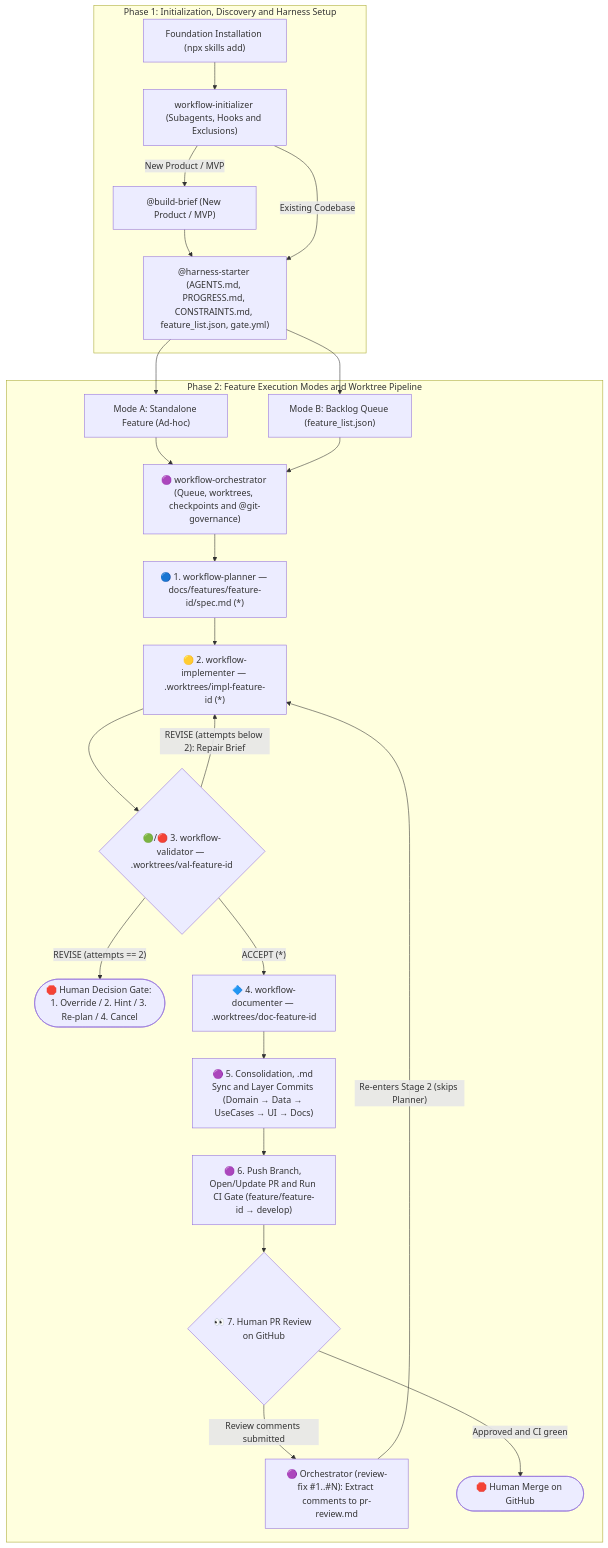
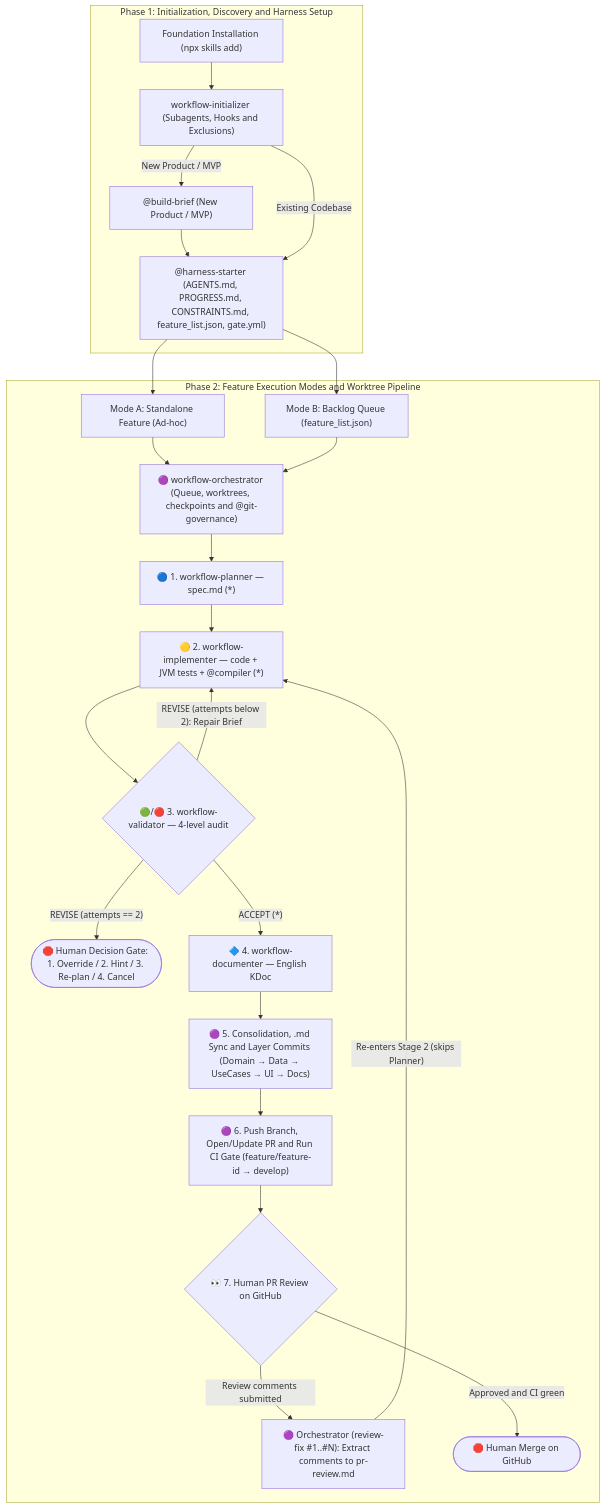
Before and after one commit to albertmartorell1975/android-ai-workflow-foundation: the diagram in docs/overview.md, drawn with Mermaid. The commit also changed other lines of this file, not shown here.

Commit message:
docs(overview): align architecture overview with closed test plan and current workflow

````diff
--- a/docs/overview.md
+++ b/docs/overview.md
@@ -15,48 +15,48 @@
 ```mermaid
 flowchart TD
     subgraph P1["Phase 1: Initialization, Discovery and Harness Setup"]
         Install["Foundation Installation (npx skills add)"]
         Init["workflow-initializer (Subagents, Hooks and Exclusions)"]
         Brief["@build-brief (New Product / MVP)"]
         Harness["@harness-starter (AGENTS.md, PROGRESS.md, CONSTRAINTS.md, feature_list.json, gate.yml)"]
 
         Install --> Init
         Init -->|"New Product / MVP"| Brief
         Brief --> Harness
         Init -->|"Existing Codebase"| Harness
     end
 
     subgraph P2["Phase 2: Feature Execution Modes and Worktree Pipeline"]
         ModeA["Mode A: Standalone Feature (Ad-hoc)"]
         ModeB["Mode B: Backlog Queue (feature_list.json)"]
         Orch["🟣 workflow-orchestrator (Queue, worktrees, checkpoints and @git-governance)"]
-        Planner["🔵 1. workflow-planner — docs/features/feature-id/spec.md (*)"]
-        Impl["🟡 2. workflow-implementer — .worktrees/impl-feature-id (*)"]
-        Val{"🟢/🔴 3. workflow-validator — .worktrees/val-feature-id"}
+        Planner["🔵 1. workflow-planner — spec.md (*)"]
+        Impl["🟡 2. workflow-implementer — code + JVM tests + @compiler (*)"]
+        Val{"🟢/🔴 3. workflow-validator — 4-level audit"}
         Gate(["🛑 Human Decision Gate: 1. Override / 2. Hint / 3. Re-plan / 4. Cancel"])
-        Doc["🔷 4. workflow-documenter — .worktrees/doc-feature-id"]
+        Doc["🔷 4. workflow-documenter — English KDoc"]
         Cons["🟣 5. Consolidation, .md Sync and Layer Commits (Domain → Data → UseCases → UI → Docs)"]
         PR["🟣 6. Push Branch, Open/Update PR and Run CI Gate (feature/feature-id → develop)"]
         Rev{"👀 7. Human PR Review on GitHub"}
         RF["🟣 Orchestrator (review-fix #1..#N): Extract comments to pr-review.md"]
         Merge(["🛑 Human Merge on GitHub"])
 
         ModeA --> Orch
         ModeB --> Orch
         Orch --> Planner
         Planner --> Impl
         Impl --> Val
         Val -->|"REVISE (attempts below 2): Repair Brief"| Impl
         Val -->|"REVISE (attempts == 2)"| Gate
         Val -->|"ACCEPT (*)"| Doc
         Doc --> Cons
         Cons --> PR
         PR --> Rev
         Rev -->|"Review comments submitted"| RF
         RF -->|"Re-enters Stage 2 (skips Planner)"| Impl
         Rev -->|"Approved and CI green"| Merge
     end
 
     Harness --> ModeA
     Harness --> ModeB
 ```
````
